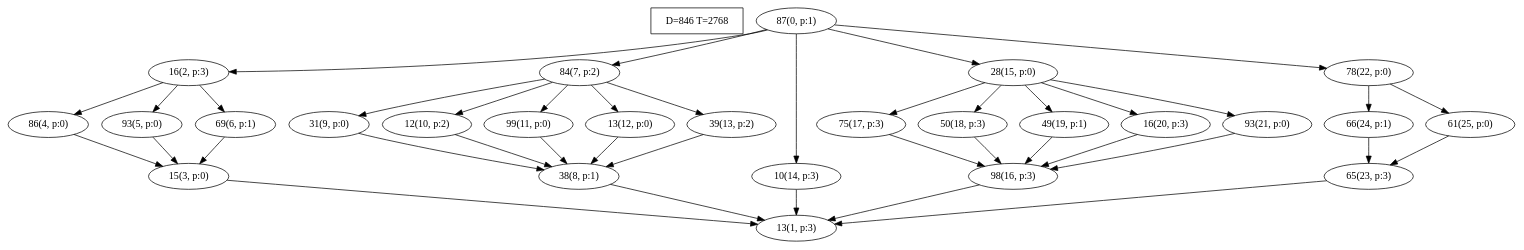
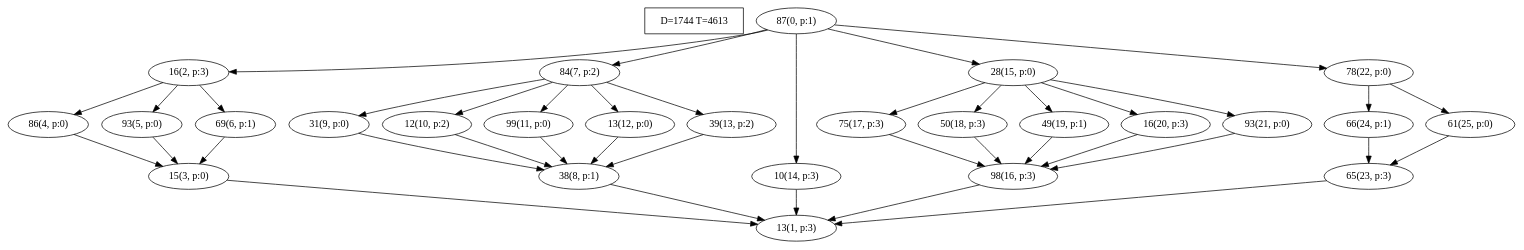
One commit to gzqx/global-dag-randomization changed the diagram in res/generated_dags/taskset_3/task_0.dot. Above: the diagram before and after it, drawn with Graphviz. The commit also changed 119 other files, not shown here.

```diff
--- a/res/generated_dags/taskset_3/task_0.dot
+++ b/res/generated_dags/taskset_3/task_0.dot
@@ -1,69 +1,69 @@
 digraph Task {
-i [shape=box, label="D=846 T=2768"]; 
+i [shape=box, label="D=1744 T=4613"]; 
 0 [label="87(0, p:1)"];
 1 [label="13(1, p:3)"];
 2 [label="16(2, p:3)"];
 3 [label="15(3, p:0)"];
 4 [label="86(4, p:0)"];
 5 [label="93(5, p:0)"];
 6 [label="69(6, p:1)"];
 7 [label="84(7, p:2)"];
 8 [label="38(8, p:1)"];
 9 [label="31(9, p:0)"];
 10 [label="12(10, p:2)"];
 11 [label="99(11, p:0)"];
 12 [label="13(12, p:0)"];
 13 [label="39(13, p:2)"];
 14 [label="10(14, p:3)"];
 15 [label="28(15, p:0)"];
 16 [label="98(16, p:3)"];
 17 [label="75(17, p:3)"];
 18 [label="50(18, p:3)"];
 19 [label="49(19, p:1)"];
 20 [label="16(20, p:3)"];
 21 [label="93(21, p:0)"];
 22 [label="78(22, p:0)"];
 23 [label="65(23, p:3)"];
 24 [label="66(24, p:1)"];
 25 [label="61(25, p:0)"];
 0 -> 2;
 0 -> 7;
 0 -> 14;
 0 -> 15;
 0 -> 22;
 2 -> 4;
 2 -> 5;
 2 -> 6;
 3 -> 1;
 4 -> 3;
 5 -> 3;
 6 -> 3;
 7 -> 9;
 7 -> 10;
 7 -> 11;
 7 -> 12;
 7 -> 13;
 8 -> 1;
 9 -> 8;
 10 -> 8;
 11 -> 8;
 12 -> 8;
 13 -> 8;
 14 -> 1;
 15 -> 17;
 15 -> 18;
 15 -> 19;
 15 -> 20;
 15 -> 21;
 16 -> 1;
 17 -> 16;
 18 -> 16;
 19 -> 16;
 20 -> 16;
 21 -> 16;
 22 -> 24;
 22 -> 25;
 23 -> 1;
 24 -> 23;
 25 -> 23;
 }
```
